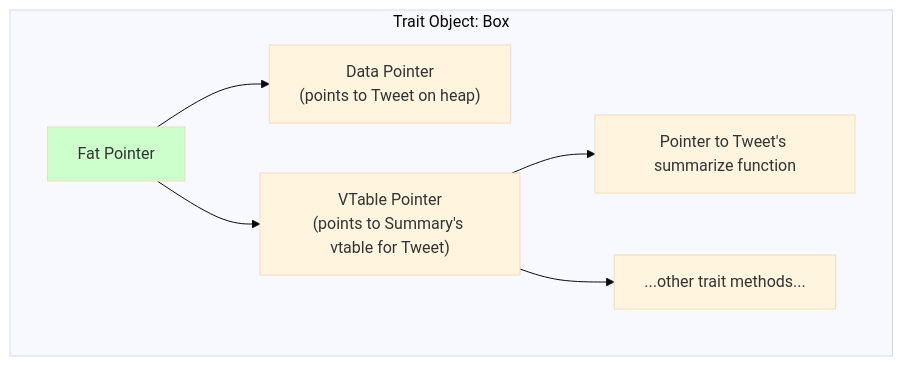
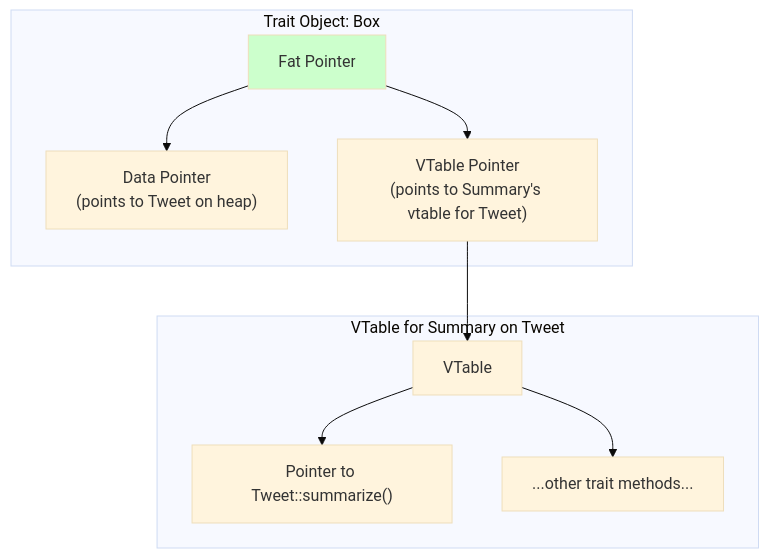
Before and after one commit to quanhua92/ai-notes: the fourth of 6 diagrams in rust/a-deep-dive-into-rust-from-fundamentals-to-production-patterns.md, drawn with Mermaid (base theme). The commit also changed other lines of this file and 3 other files, not shown here.

````diff
--- a/rust/a-deep-dive-into-rust-from-fundamentals-to-production-patterns.md
+++ b/rust/a-deep-dive-into-rust-from-fundamentals-to-production-patterns.md
@@ -307,10 +326,16 @@
 ```mermaid
 graph TD
     subgraph "Trait Object: Box<dyn Summary>"
         FatPtr["Fat Pointer"] --> DataPtr["Data Pointer<br/>(points to Tweet on heap)"];
         FatPtr --> VTablePtr["VTable Pointer<br/>(points to Summary's vtable for Tweet)"];
-        VTablePtr --> SummarizeFunc["Pointer to Tweet's summarize function"];
-        VTablePtr --> OtherFunc["...other trait methods..."];
     end
+    
+    subgraph "VTable for Summary on Tweet"
+        VTable["VTable"] --> SummarizeFunc["Pointer to Tweet::summarize()"];
+        VTable --> OtherFunc["...other trait methods..."];
+    end
+    
+    VTablePtr --> VTable
+
     style FatPtr fill:#ccffcc
 ```
````
